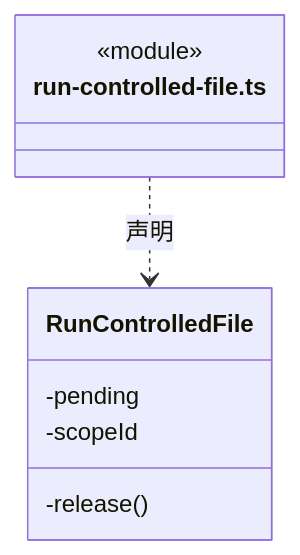
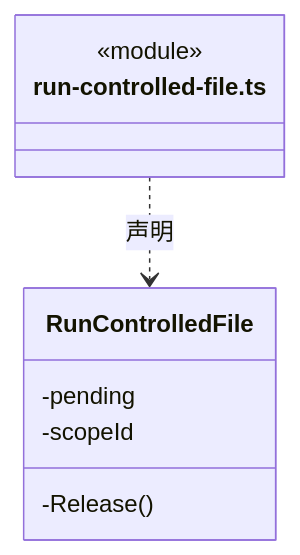
One commit to nan023062/cbim changed diagram 12 of 18 in src/logic/execution/rules/capabilities/ARCHITECTURE.md. Above: the diagram before and after it, drawn with Mermaid. The commit also changed other lines of this file and 1035 other files, not shown here.

````diff
--- a/src/logic/execution/rules/capabilities/ARCHITECTURE.md
+++ b/src/logic/execution/rules/capabilities/ARCHITECTURE.md
@@ -334,12 +334,12 @@
 ```mermaid
 classDiagram
 class N_src_logic_execution_rules_capabilities_run_controlled_file_ts["run-controlled-file.ts"] {
   <<module>>
 }
 class N_src_logic_execution_rules_capabilities_run_controlled_file_ts_RunControlledFile["RunControlledFile"] {
   -pending
   -scopeId
-  -release()
+  -Release()
 }
 N_src_logic_execution_rules_capabilities_run_controlled_file_ts ..> N_src_logic_execution_rules_capabilities_run_controlled_file_ts_RunControlledFile : 声明
 ```
````
